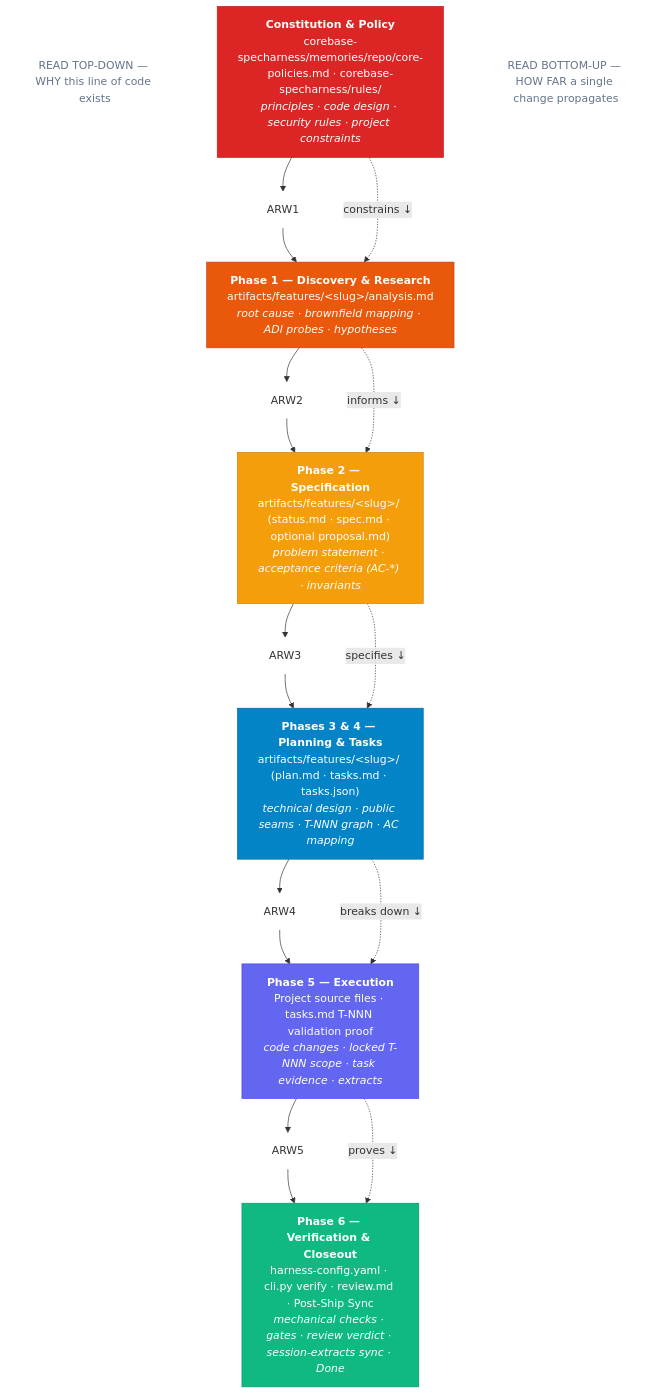
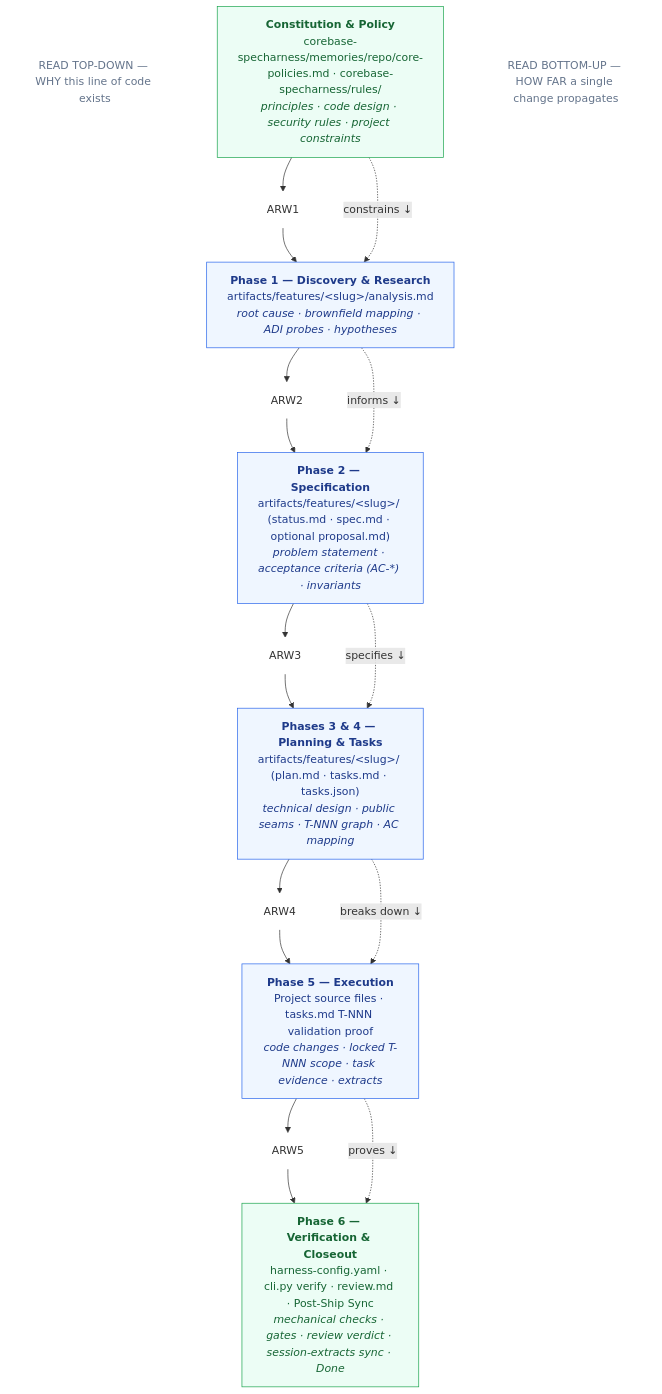
The diagram in documents/diagrams/source/harness/gating-layers.mmd (thaihai-swe/corebase-specharness), drawn with Mermaid before and after one commit. The commit also changed 22 other files, not shown here.

First line of the commit message:
Refactor workflow diagrams and enhance documentation

```diff
--- a/documents/diagrams/source/harness/gating-layers.mmd
+++ b/documents/diagrams/source/harness/gating-layers.mmd
@@ -1,54 +1,55 @@
 flowchart TD
     %% CoreBase SpecHarness Gate Chain — each layer guards the layer below
     %% Implementation authority: WORKFLOW.md §4, AGENTS.md, context-routes.yaml, harness-config.yaml
+    %% Palette: documents/diagrams/source/_shared/palette.md
 
     ANNO_TOP["READ TOP-DOWN — WHY this line of code exists"]:::anno
 
     %% ── Layer 1: Constitution ──
-    POL["<b>Constitution &amp; Policy</b><br/>corebase-specharness/memories/repo/core-policies.md · corebase-specharness/rules/<br/><em>principles · code design · security rules · project constraints</em>"]:::pol
+    POL["<b>Constitution &amp; Policy</b><br/>corebase-specharness/memories/repo/core-policies.md · corebase-specharness/rules/<br/><em>principles · code design · security rules · project constraints</em>"]:::gate
     ARW1:::arrow
 
     %% ── Phase 1: Discovery & Research ──
-    DISC["<b>Phase 1 — Discovery &amp; Research</b><br/>artifacts/features/&lt;slug&gt;/analysis.md<br/><em>root cause · brownfield mapping · ADI probes · hypotheses</em>"]:::disc
+    DISC["<b>Phase 1 — Discovery &amp; Research</b><br/>artifacts/features/&lt;slug&gt;/analysis.md<br/><em>root cause · brownfield mapping · ADI probes · hypotheses</em>"]:::core
     ARW2:::arrow
 
     %% ── Phase 2: Specification ──
-    SPEC["<b>Phase 2 — Specification</b><br/>artifacts/features/&lt;slug&gt;/ (status.md · spec.md · optional proposal.md)<br/><em>problem statement · acceptance criteria (AC-*) · invariants</em>"]:::spec
+    SPEC["<b>Phase 2 — Specification</b><br/>artifacts/features/&lt;slug&gt;/ (status.md · spec.md · optional proposal.md)<br/><em>problem statement · acceptance criteria (AC-*) · invariants</em>"]:::core
     ARW3:::arrow
 
     %% ── Phase 3 & 4: Planning & Tasks ──
-    PLAN["<b>Phases 3 &amp; 4 — Planning &amp; Tasks</b><br/>artifacts/features/&lt;slug&gt;/ (plan.md · tasks.md · tasks.json)<br/><em>technical design · public seams · T-NNN graph · AC mapping</em>"]:::plan
+    PLAN["<b>Phases 3 &amp; 4 — Planning &amp; Tasks</b><br/>artifacts/features/&lt;slug&gt;/ (plan.md · tasks.md · tasks.json)<br/><em>technical design · public seams · T-NNN graph · AC mapping</em>"]:::core
     ARW4:::arrow
 
     %% ── Phase 5: Implementation ──
-    IMPL["<b>Phase 5 — Execution</b><br/>Project source files · tasks.md T-NNN validation proof<br/><em>code changes · locked T-NNN scope · task evidence · extracts</em>"]:::impl
+    IMPL["<b>Phase 5 — Execution</b><br/>Project source files · tasks.md T-NNN validation proof<br/><em>code changes · locked T-NNN scope · task evidence · extracts</em>"]:::core
     ARW5:::arrow
 
     %% ── Phase 6: Verification & Closeout ──
-    VER["<b>Phase 6 — Verification &amp; Closeout</b><br/>harness-config.yaml · cli.py verify · review.md · Post-Ship Sync<br/><em>mechanical checks · gates · review verdict · session-extracts sync · Done</em>"]:::ver
+    VER["<b>Phase 6 — Verification &amp; Closeout</b><br/>harness-config.yaml · cli.py verify · review.md · Post-Ship Sync<br/><em>mechanical checks · gates · review verdict · session-extracts sync · Done</em>"]:::gate
 
     %% Arrows down (gating)
     POL --> ARW1 --> DISC
     DISC --> ARW2 --> SPEC
     SPEC --> ARW3 --> PLAN
     PLAN --> ARW4 --> IMPL
     IMPL --> ARW5 --> VER
 
     %% Right-side gate labels
     POL -.->|constrains ↓| DISC
     DISC -.->|informs ↓| SPEC
     SPEC -.->|specifies ↓| PLAN
     PLAN -.->|breaks down ↓| IMPL
     IMPL -.->|proves ↓| VER
 
     ANNO_BOT["READ BOTTOM-UP — HOW FAR a single change propagates"]:::anno
 
-    %% ── Styles ──
-    classDef pol fill:#dc2626,stroke:#b91c1c,color:#fff
-    classDef disc fill:#ea580c,stroke:#c2410c,color:#fff
-    classDef spec fill:#f59e0b,stroke:#d97706,color:#fff
-    classDef plan fill:#0284c7,stroke:#0369a1,color:#fff
-    classDef impl fill:#6366f1,stroke:#4f46e5,color:#fff
-    classDef ver fill:#10b981,stroke:#059669,color:#fff
+    classDef terminal fill:#111827,stroke:#111827,color:#fff
+    classDef core fill:#eff6ff,stroke:#2563eb,color:#1e3a8a
+    classDef gate fill:#ecfdf5,stroke:#16a34a,color:#166534
+    classDef decision fill:#fff7ed,stroke:#f59e0b,color:#78350f
     classDef arrow fill:none,stroke:none
     classDef anno fill:none,stroke:none,color:#64748b
+
+    class POL,VER gate
+    class DISC,SPEC,PLAN,IMPL core
```
